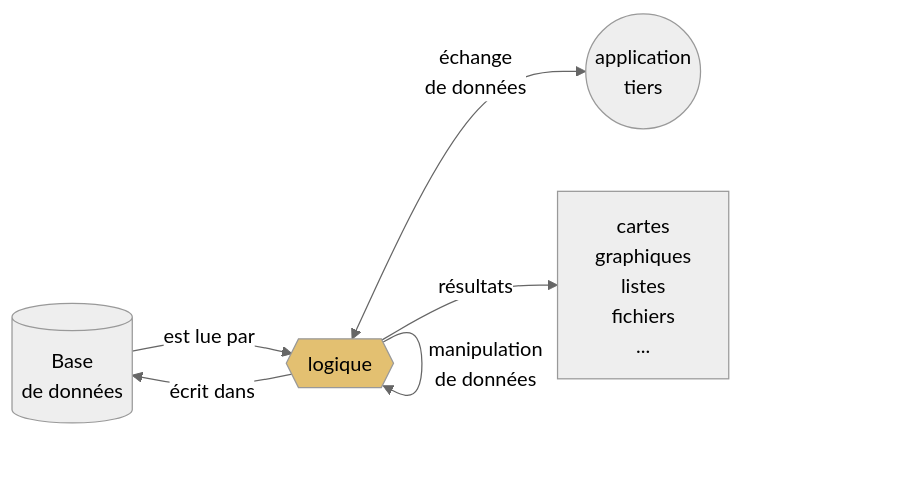
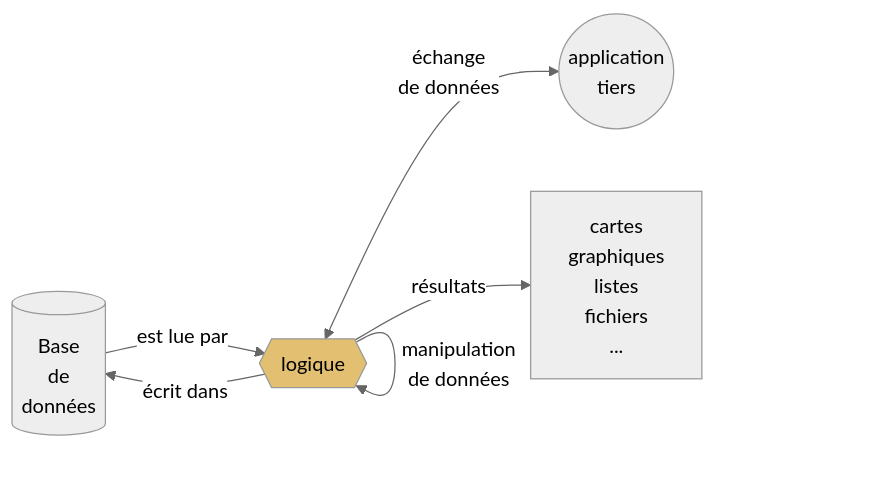
Before and after one commit to zoometh/thomashuet: the diagram in profiles/arcam-traject/README.md, drawn with Mermaid (neutral theme). The commit also changed 1 other file, not shown here.

````diff
--- a/profiles/arcam-traject/README.md
+++ b/profiles/arcam-traject/README.md
@@ -107,9 +107,9 @@
 ```mermaid
 flowchart LR
-    A[(Base<br>de données)] -- est lue par --> B{{logique}}:::eamenaRpkg;
+    A[(Base<br>de<br>données)] -- est lue par --> B{{logique}}:::eamenaRpkg;
     B -- "écrit dans" --> A;
     B -- manipulation<br>de données --> B;
     B <-- "échange<br>de données" --> C((application<br>tiers));
     B -- résultats --> D[cartes<br>graphiques<br>listes<br>fichiers<br>...];
     classDef eamenaRpkg fill:#e3c071;
 ```
````
